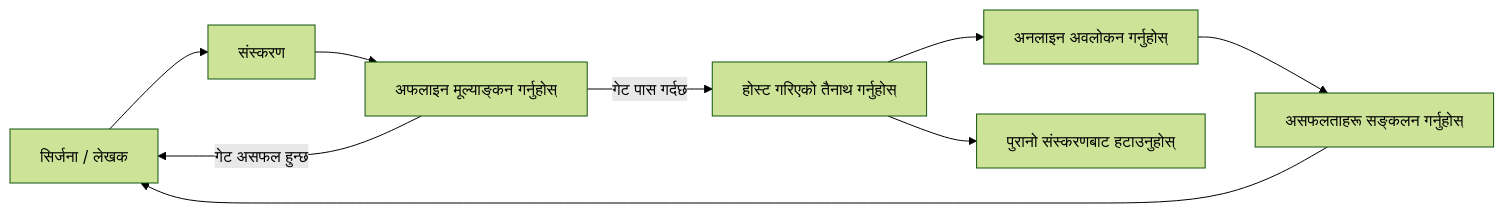
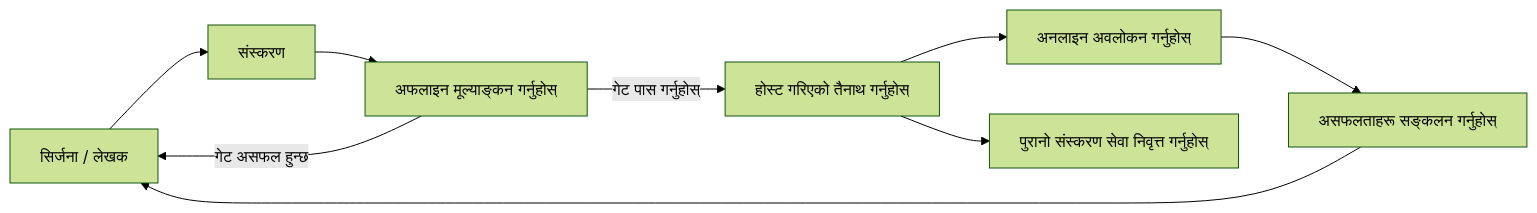
The second of 4 diagrams in mirrors/repos/microsoft@ai-agents-for-beginners/translations/ne/16-deploying-scalable-agents/README.md (gabrielmoreira/agent-skills-mirror), drawn with Mermaid (forest theme) before and after one commit. The commit also changed other lines of this file and 4262 other files, not shown here.

````diff
--- a/mirrors/repos/microsoft@ai-agents-for-beginners/translations/ne/16-deploying-scalable-agents/README.md
+++ b/mirrors/repos/microsoft@ai-agents-for-beginners/translations/ne/16-deploying-scalable-agents/README.md
@@ -108,11 +108,11 @@
 ```mermaid
 flowchart LR
     Create[सिर्जना / लेखक] --> Version[संस्करण]
     Version --> Evaluate[अफलाइन मूल्याङ्कन गर्नुहोस्]
-    Evaluate -->|गेट पास गर्दछ| Deploy[होस्ट गरिएको तैनाथ गर्नुहोस्]
+    Evaluate -->|गेट पास गर्नुहोस्| Deploy[होस्ट गरिएको तैनाथ गर्नुहोस्]
     Evaluate -->|गेट असफल हुन्छ| Create
     Deploy --> Observe[अनलाइन अवलोकन गर्नुहोस्]
     Observe --> Improve[असफलताहरू सङ्कलन गर्नुहोस्]
     Improve --> Create
-    Deploy --> Retire[पुरानो संस्करणबाट हटाउनुहोस्]
+    Deploy --> Retire[पुरानो संस्करण सेवा निवृत्त गर्नुहोस्]
 ```
````
